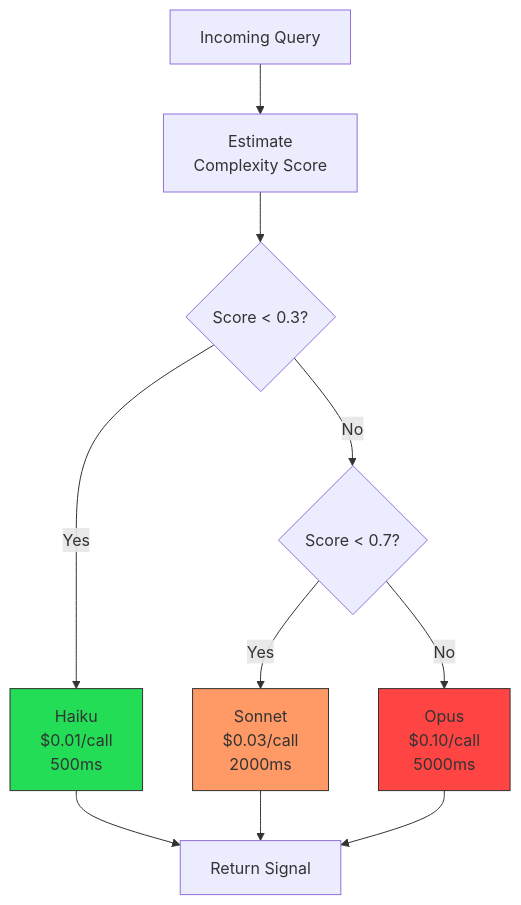
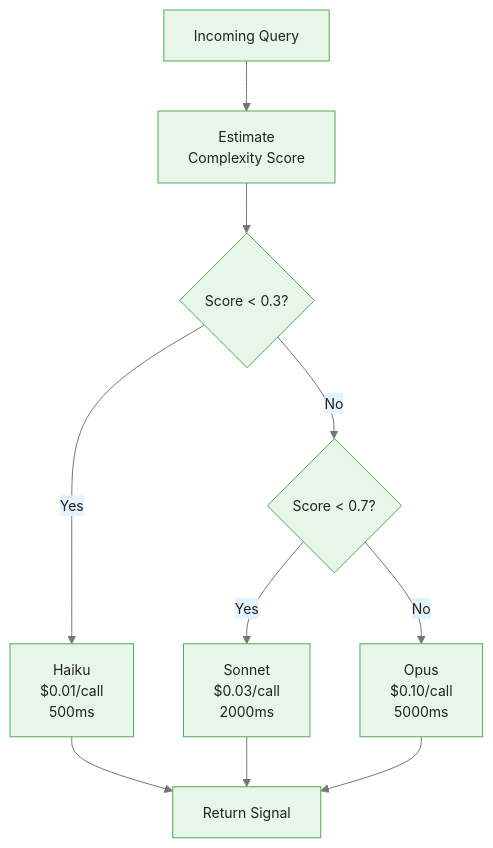
The fourth of 6 diagrams in courses/genai-commodities/modules/module_06_production/guides/03_optimization_slides.md (m-deane/course-creator), drawn with Mermaid before and after one commit. The commit also changed other lines of this file and 84 other files, not shown here.

````diff
--- a/courses/genai-commodities/modules/module_06_production/guides/03_optimization_slides.md
+++ b/courses/genai-commodities/modules/module_06_production/guides/03_optimization_slides.md
@@ -270,18 +301,15 @@
 ```mermaid
+%%{init: {"theme": "base", "themeVariables": {"primaryColor": "#e8f5e9", "primaryBorderColor": "#4caf50", "primaryTextColor": "#212121", "secondaryColor": "#e3f2fd", "tertiaryColor": "#fff8e1", "lineColor": "#757575", "fontFamily": "Inter, sans-serif", "fontSize": "14px"}}}%%
 flowchart TD
     A[Incoming Query] --> B[Estimate<br/>Complexity Score]
 
     B --> C{Score < 0.3?}
     C -->|Yes| D[Haiku<br/>$0.01/call<br/>500ms]
     C -->|No| E{Score < 0.7?}
     E -->|Yes| F[Sonnet<br/>$0.03/call<br/>2000ms]
     E -->|No| G[Opus<br/>$0.10/call<br/>5000ms]
 
     D --> H[Return Signal]
     F --> H
     G --> H
-
-    style D fill:#2d5,stroke:#333
-    style F fill:#f96,stroke:#333
-    style G fill:#f44,stroke:#333
 ```
````
